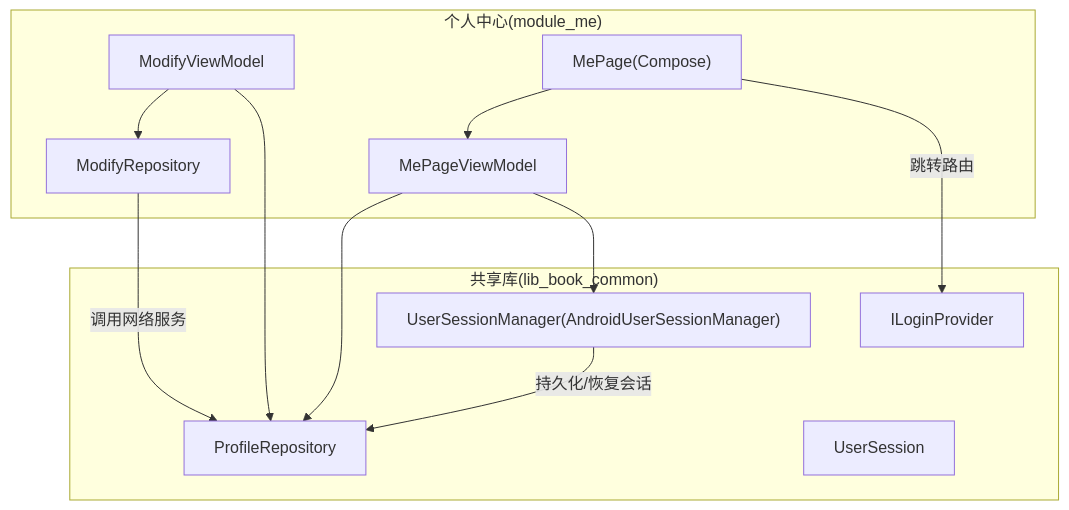
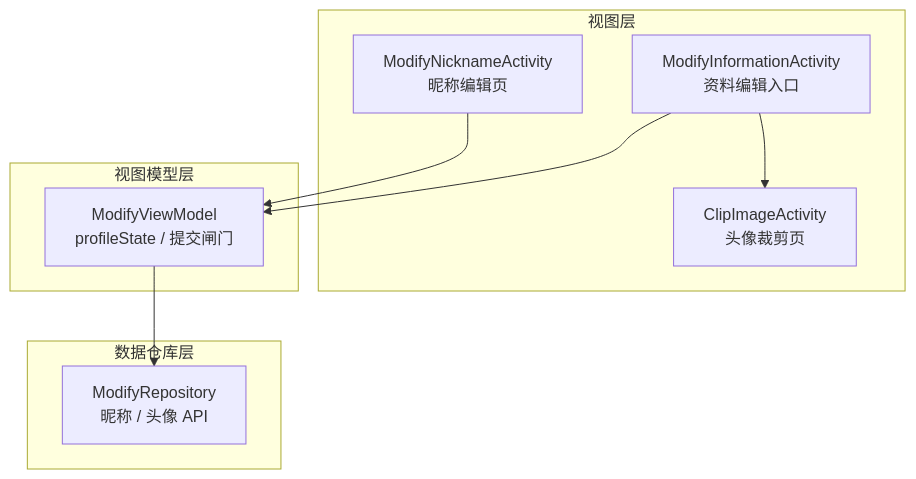
One commit to xrn1997/android-ebook changed the first of 5 diagrams in .qoder/repowiki/zh/content/核心模块/个人中心模块 (module_me)/用户信息管理.md. Above: the diagram before and after it, drawn with Mermaid. The commit also changed other lines of this file and 456 other files, not shown here.

````diff
--- a/.qoder/repowiki/zh/content/核心模块/个人中心模块 (module_me)/用户信息管理.md
+++ b/.qoder/repowiki/zh/content/核心模块/个人中心模块 (module_me)/用户信息管理.md
@@ -37,24 +41,21 @@
 ```mermaid
 graph TB
-    subgraph "个人中心(module_me)"
-        MPV["MePageViewModel"]
-        MV["ModifyViewModel"]
-        MR["ModifyRepository"]
-        MP["MePage(Compose)"]
-    end
-    subgraph "共享库(lib_book_common)"
-        PR["ProfileRepository"]
-        USM["UserSessionManager(AndroidUserSessionManager)"]
-        US["UserSession"]
-        ILP["ILoginProvider"]
+    subgraph "视图层"
+        A["ModifyInformationActivity<br/>资料编辑入口"]
+        B["ModifyNicknameActivity<br/>昵称编辑页"]
+        C["ClipImageActivity<br/>头像裁剪页"]
     end
 
-    MP --> MPV
-    MPV --> PR
-    MPV --> USM
-    MV --> MR
-    MV --> PR
-    MR -->|"调用网络服务"| PR
-    USM -->|"持久化/恢复会话"| PR
-    MP -->|"跳转路由"| ILP
+    subgraph "视图模型层"
+        D["ModifyViewModel<br/>profileState / 提交闸门"]
+    end
+
+    subgraph "数据仓库层"
+        E["ModifyRepository<br/>昵称 / 头像 API"]
+    end
+
+    A --> D
+    B --> D
+    A --> C
+    D --> E
 ```
````
